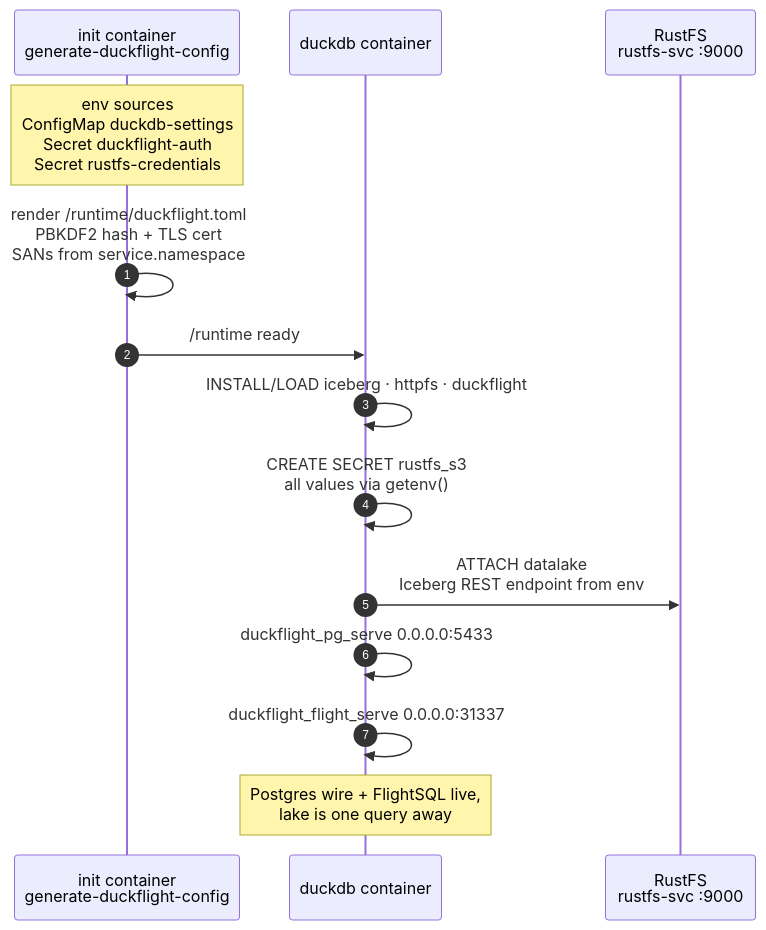
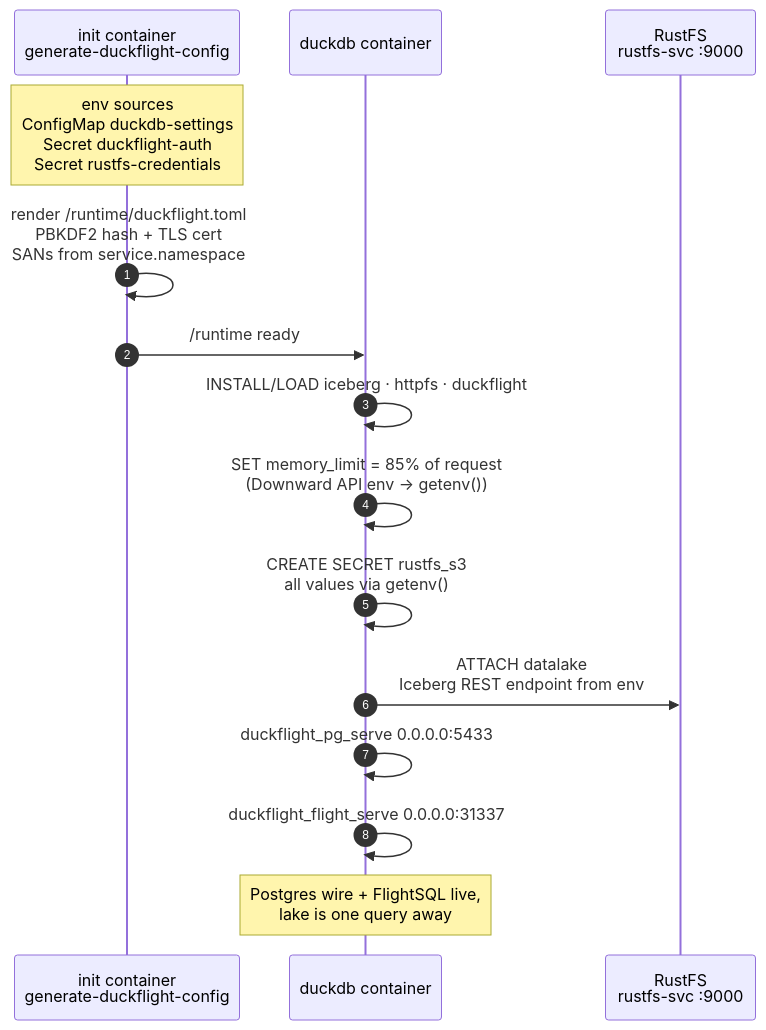
The second of 3 diagrams in README.md (daun-gatal/analytics), drawn with Mermaid before and after one commit. The commit also changed other lines of this file and 5 other files, not shown here.

First line of the commit message:
feat(duckdb): VPA owns memory sizing; memory_limit auto-synced from request

````diff
--- a/README.md
+++ b/README.md
@@ -76,17 +78,18 @@
 ```mermaid
 sequenceDiagram
     autonumber
     participant INIT as init container<br/>generate-duckflight-config
     participant DUCK as duckdb container
     participant RFS as RustFS<br/>rustfs-svc :9000
 
     Note over INIT: env sources<br/>ConfigMap duckdb-settings<br/>Secret duckflight-auth<br/>Secret rustfs-credentials
     INIT->>INIT: render /runtime/duckflight.toml<br/>PBKDF2 hash + TLS cert<br/>SANs from service.namespace
     INIT->>DUCK: /runtime ready
     DUCK->>DUCK: INSTALL/LOAD iceberg · httpfs · duckflight
+    DUCK->>DUCK: SET memory_limit = 85% of request<br/>(Downward API env → getenv())
     DUCK->>DUCK: CREATE SECRET rustfs_s3<br/>all values via getenv()
     DUCK->>RFS: ATTACH datalake<br/>Iceberg REST endpoint from env
     DUCK->>DUCK: duckflight_pg_serve 0.0.0.0:5433
     DUCK->>DUCK: duckflight_flight_serve 0.0.0.0:31337
     Note over DUCK: Postgres wire + FlightSQL live,<br/>lake is one query away
 ```
````
